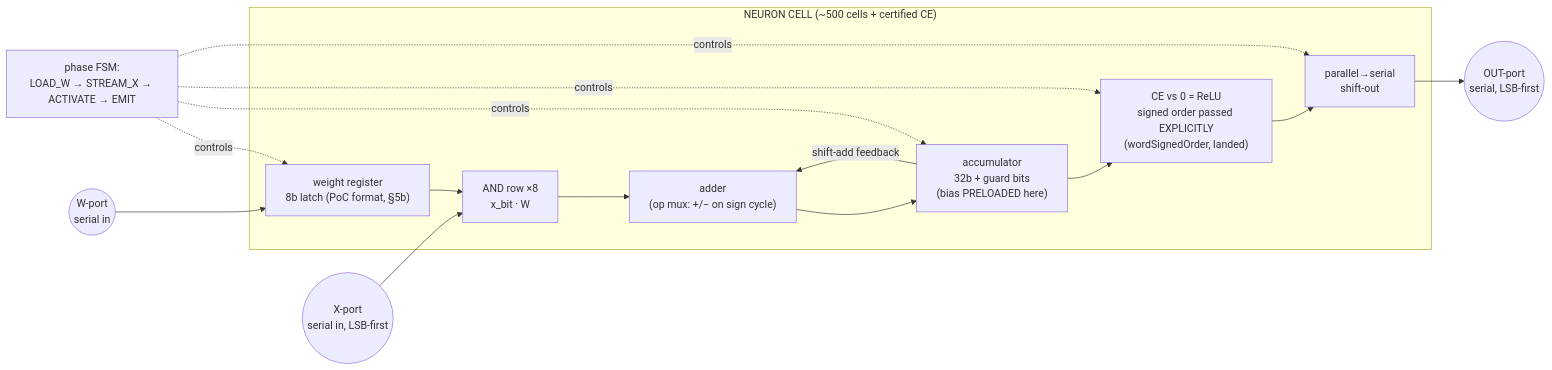
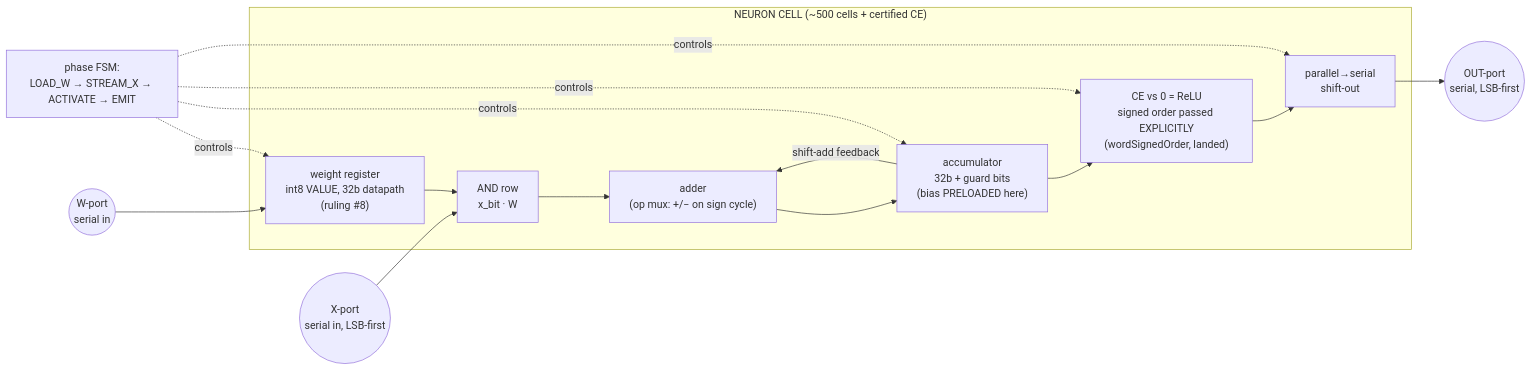
Before and after one commit to jyh/saltworks: the first of 2 diagrams in docs/neural-fabric-poc-design-v1.md, drawn with Mermaid. The commit also changed 1 other file, not shown here.

Commit message:
saltworks: COUNCIL RULING #8 — width ruled (Captain verbatim): int8 fixpoint values on the landed 32-bit datapath; math width question closed; 8-bit-native = v2

````diff
--- a/docs/neural-fabric-poc-design-v1.md
+++ b/docs/neural-fabric-poc-design-v1.md
@@ -25,17 +25,17 @@
 ```mermaid
 flowchart LR
   subgraph CELL["NEURON CELL (~500 cells + certified CE)"]
-    WREG["weight register<br/>8b latch (PoC format, §5b)"]
-    AND["AND row ×8<br/>x_bit · W"]
+    WREG["weight register<br/>int8 VALUE, 32b datapath<br/>(ruling #8)"]
+    AND["AND row<br/>x_bit · W"]
     ADD["adder<br/>(op mux: +/− on sign cycle)"]
     ACC["accumulator<br/>32b + guard bits<br/>(bias PRELOADED here)"]
     CE["CE vs 0 = ReLU<br/>signed order passed EXPLICITLY<br/>(wordSignedOrder, landed)"]
     SER["parallel→serial<br/>shift-out"]
   end
   WP(("W-port<br/>serial in")) --> WREG
   XP(("X-port<br/>serial in, LSB-first")) --> AND
   WREG --> AND --> ADD --> ACC
   ACC -->|shift-add feedback| ADD
   ACC --> CE --> SER --> OP(("OUT-port<br/>serial, LSB-first"))
   FSM["phase FSM:<br/>LOAD_W → STREAM_X → ACTIVATE → EMIT"] -.controls.-> WREG & ACC & CE & SER
 ```
````
